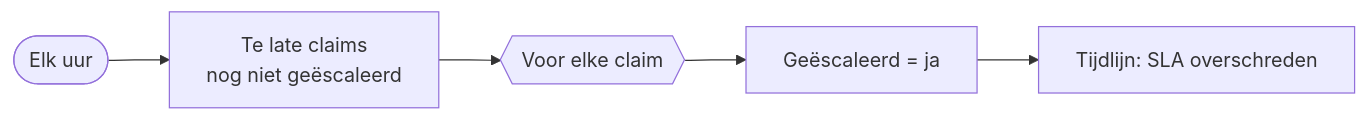
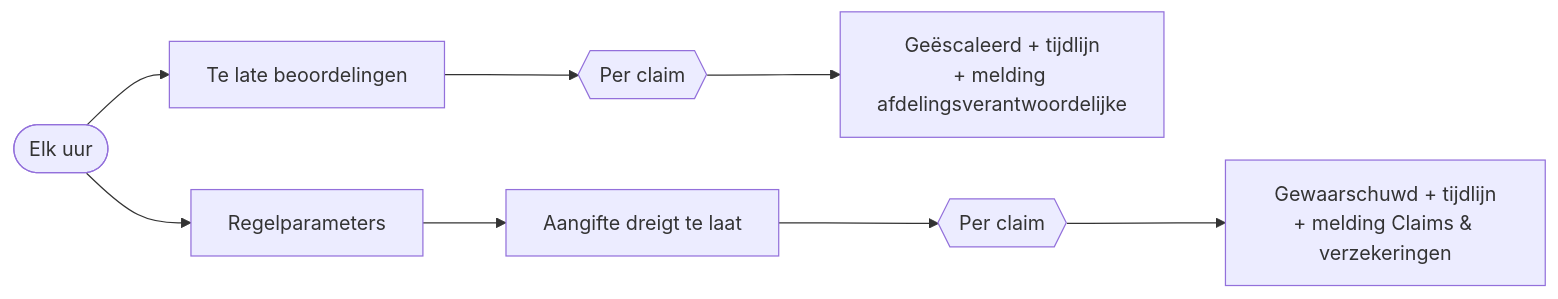
Before and after one commit to phlppgdfry/construction-digital-transformation: the diagram in power-platform/flows/HV-CL-03.md, drawn with Mermaid. The commit also changed other lines of this file and 109 other files, not shown here.

````diff
--- a/power-platform/flows/HV-CL-03.md
+++ b/power-platform/flows/HV-CL-03.md
@@ -34,5 +39,5 @@
 ```mermaid
 flowchart LR
-  T([Elk uur]) --> Q[Te late claims<br/>nog niet geëscaleerd] --> F{{Voor elke claim}}
-  F --> M[Geëscaleerd = ja] --> TL[Tijdlijn: SLA overschreden]
+  T([Elk uur]) --> Q1[Te late beoordelingen] --> F1{{Per claim}} --> E[Geëscaleerd + tijdlijn<br/>+ melding afdelingsverantwoordelijke]
+  T --> P[Regelparameters] --> Q2[Aangifte dreigt te laat] --> F2{{Per claim}} --> W[Gewaarschuwd + tijdlijn<br/>+ melding Claims & verzekeringen]
 ```
````
